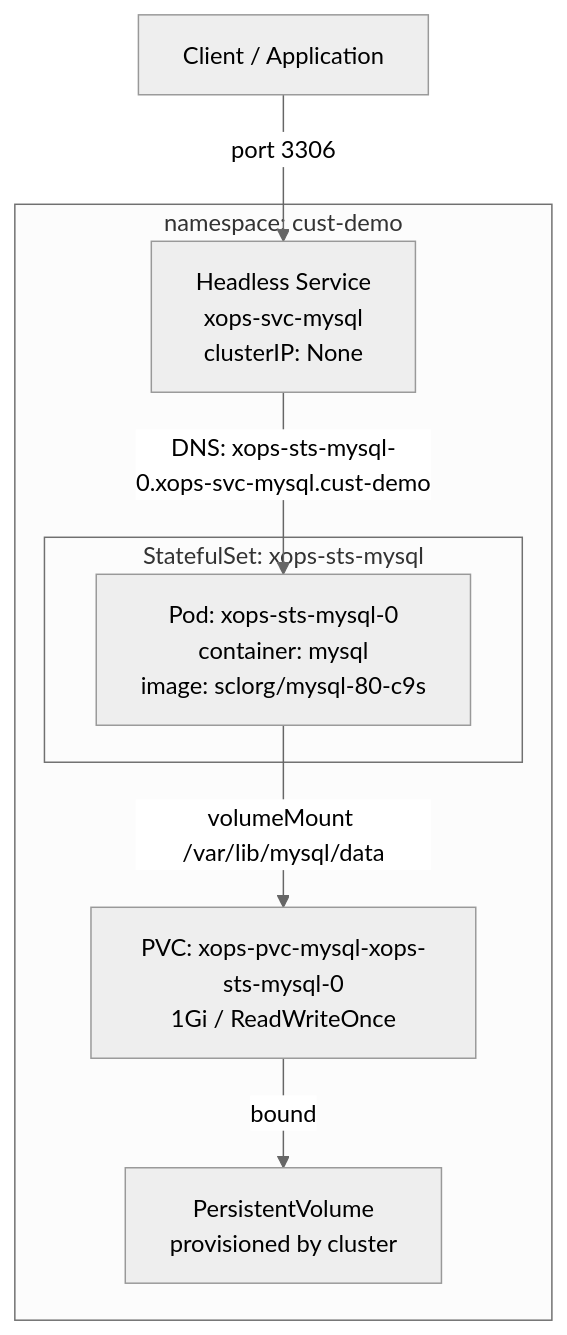
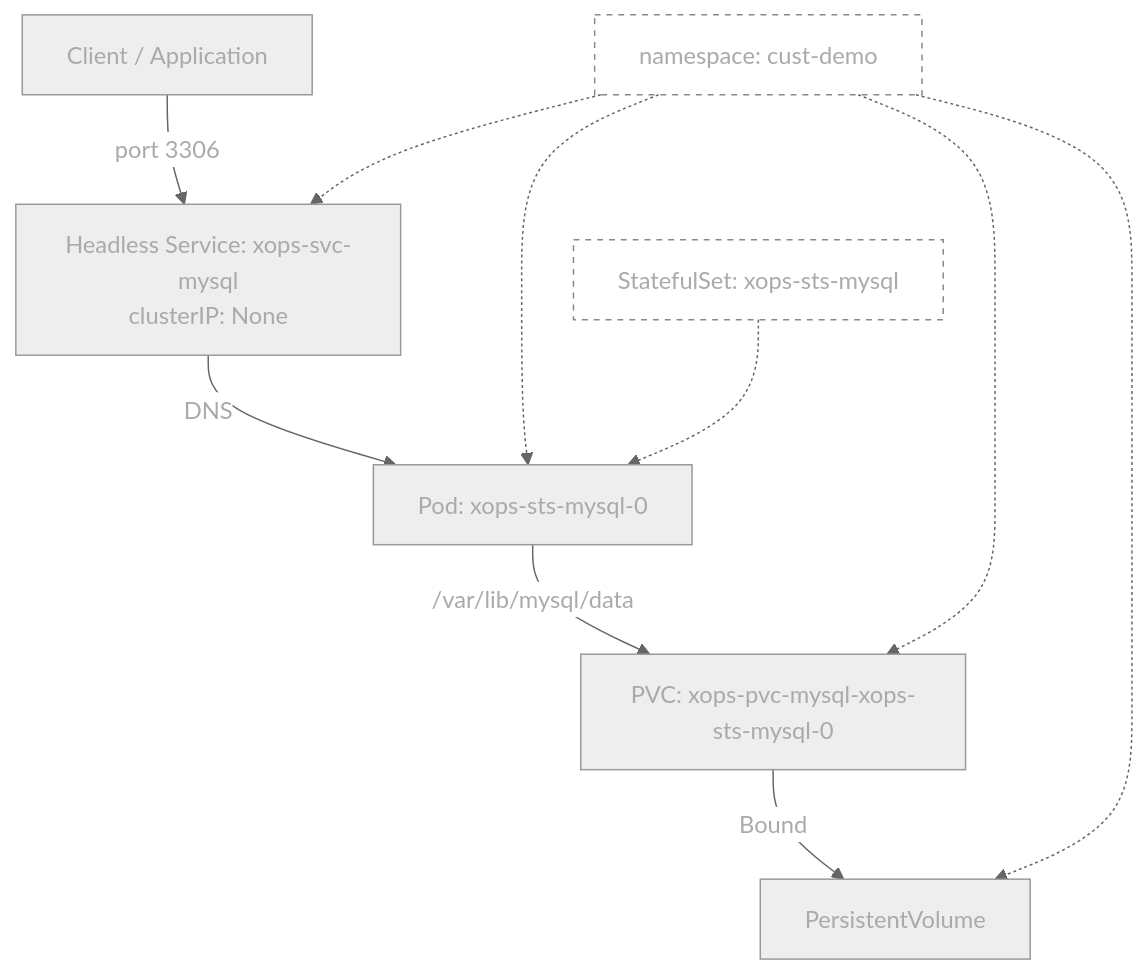
One commit to 989x/devops-kb changed the second of 5 diagrams in 01-cloud/openlandscape/prd-platform/okd_statefulset_guid.md. Above: the diagram before and after it, drawn with Mermaid (neutral theme). The commit also changed other lines of this file and 1 other file, not shown here.

Commit message:
docs: update mermaid, add mysql test case

````diff
--- a/01-cloud/openlandscape/prd-platform/okd_statefulset_guid.md
+++ b/01-cloud/openlandscape/prd-platform/okd_statefulset_guid.md
@@ -41,20 +41,24 @@
 ```mermaid
 graph TB
     Client["Client / Application"]
+    SVC["Headless Service: xops-svc-mysql\nclusterIP: None"]
+    POD["Pod: xops-sts-mysql-0"]
+    PVC["PVC: xops-pvc-mysql-xops-sts-mysql-0"]
+    PV["PersistentVolume"]
 
-    subgraph Namespace["namespace: cust-demo"]
-        HLS["Headless Service\nxops-svc-mysql\nclusterIP: None"]
+    NS["namespace: cust-demo"]:::label
+    STS["StatefulSet: xops-sts-mysql"]:::label
 
-        subgraph STS["StatefulSet: xops-sts-mysql"]
-            POD["Pod: xops-sts-mysql-0\ncontainer: mysql\nimage: sclorg/mysql-80-c9s"]
-        end
+    Client -->|"port 3306"| SVC
+    SVC -->|"DNS"| POD
+    POD -->|"/var/lib/mysql/data"| PVC
+    PVC -->|"Bound"| PV
 
-        PVC["PVC: xops-pvc-mysql-xops-sts-mysql-0\n1Gi / ReadWriteOnce"]
-        PV["PersistentVolume\nprovisioned by cluster"]
-    end
+    NS -.-> SVC
+    NS -.-> POD
+    NS -.-> PVC
+    NS -.-> PV
+    STS -.-> POD
 
-    Client -->|port 3306| HLS
-    HLS -->|DNS: xops-sts-mysql-0.xops-svc-mysql.cust-demo| POD
-    POD -->|volumeMount /var/lib/mysql/data| PVC
-    PVC -->|bound| PV
+    classDef label fill:none,stroke:#888,stroke-dasharray:4,color:#aaa
 ```
````
